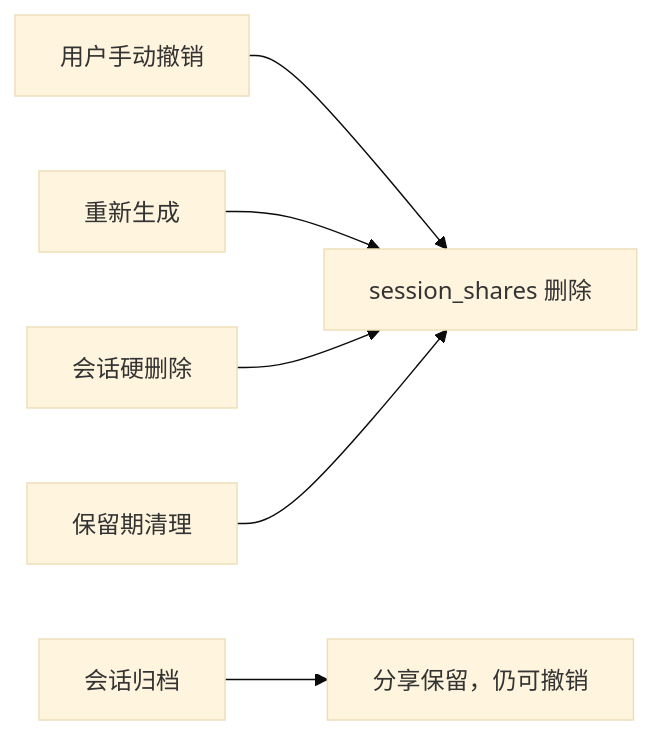
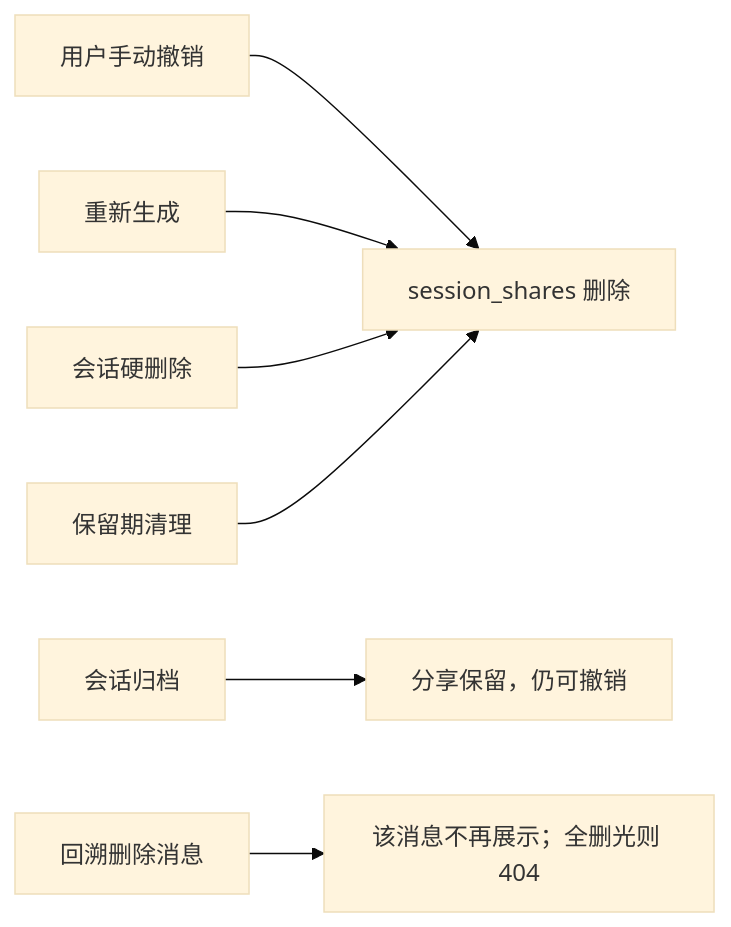
Before and after one commit to clawbench-dev/clawbench: the second of 2 diagrams in docs/spec/features/session-share.md, drawn with Mermaid (base theme). The commit also changed other lines of this file and 40 other files, not shown here.

````diff
--- a/docs/spec/features/session-share.md
+++ b/docs/spec/features/session-share.md
@@ -44,8 +53,9 @@
 ```mermaid
 flowchart LR
     A[用户手动撤销] --> E[session_shares 删除]
     B[重新生成] --> E
     C[会话硬删除] --> E
     D[保留期清理] --> E
     F[会话归档] --> G[分享保留，仍可撤销]
+    H[回溯删除消息] --> I[该消息不再展示；全删光则 404]
 ```
````
